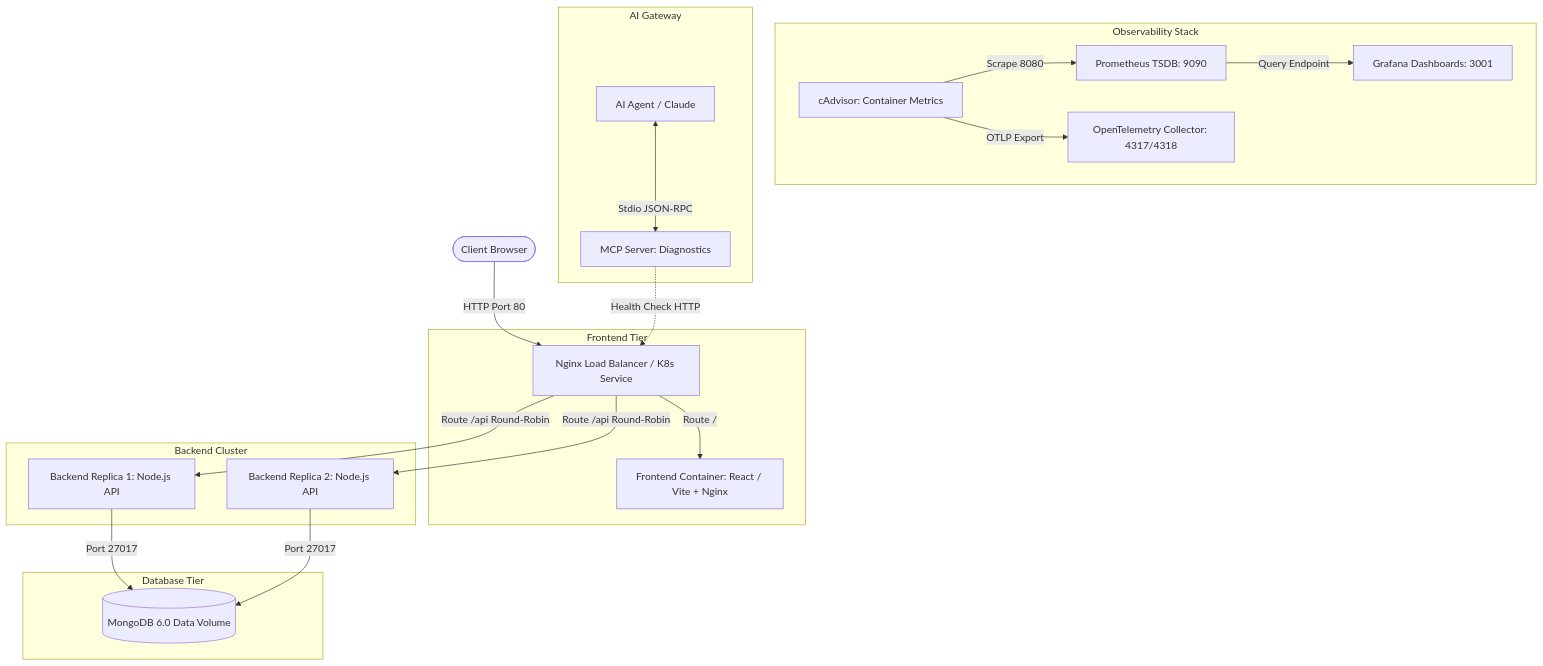
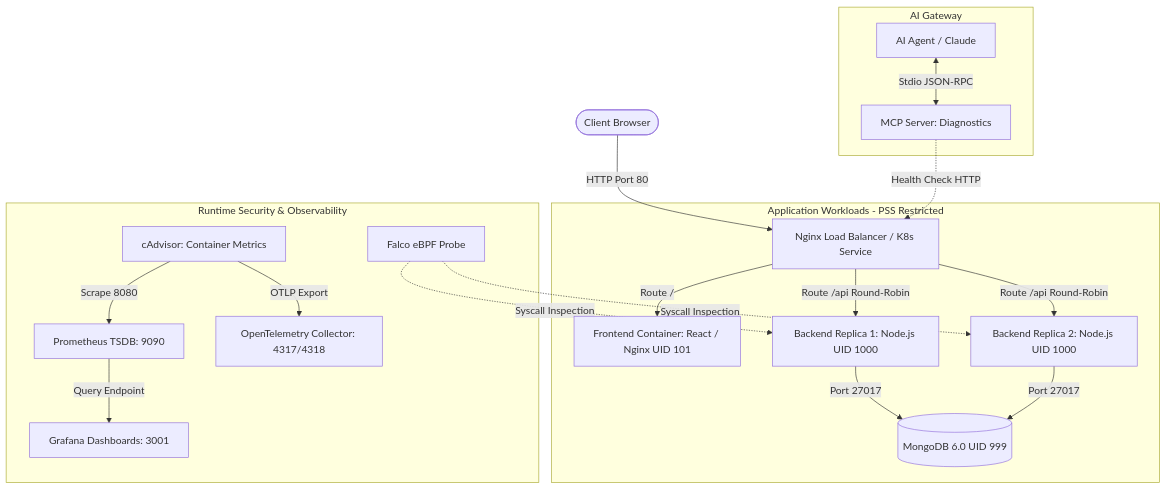
One commit to VladyslavKorniichuk/space2study-devops changed the diagram in README.md. Above: the diagram before and after it, drawn with Mermaid. The commit also changed other lines of this file and 2 other files, not shown here.

Commit message:
docs: add Falco runtime security report and screenshots

````diff
--- a/README.md
+++ b/README.md
@@ -151,29 +168,25 @@
 ```mermaid
 graph TD
     Client([Client Browser]) -->|HTTP Port 80| LB[Nginx Load Balancer / K8s Service]
     
-    subgraph Frontend Tier
-        LB -->|Route / | FE[Frontend Container: React / Vite + Nginx]
-    end
-
-    subgraph Backend Cluster
-        LB -->|Route /api Round-Robin| BE1[Backend Replica 1: Node.js API]
-        LB -->|Route /api Round-Robin| BE2[Backend Replica 2: Node.js API]
-    end
-
-    subgraph Database Tier
-        BE1 -->|Port 27017| DB[(MongoDB 6.0 Data Volume)]
+    subgraph Application Workloads - PSS Restricted
+        LB -->|Route / | FE[Frontend Container: React / Nginx UID 101]
+        LB -->|Route /api Round-Robin| BE1[Backend Replica 1: Node.js UID 1000]
+        LB -->|Route /api Round-Robin| BE2[Backend Replica 2: Node.js UID 1000]
+        BE1 -->|Port 27017| DB[(MongoDB 6.0 UID 999)]
         BE2 -->|Port 27017| DB
     end
 
-    subgraph Observability Stack
+    subgraph Runtime Security & Observability
+        Falco[Falco eBPF Probe] -.->|Syscall Inspection| BE1
+        Falco -.->|Syscall Inspection| BE2
         cAdvisor[cAdvisor: Container Metrics] -->|Scrape 8080| Prom[Prometheus TSDB: 9090]
         Prom -->|Query Endpoint| Graf[Grafana Dashboards: 3001]
         cAdvisor -->|OTLP Export| OTel[OpenTelemetry Collector: 4317/4318]
     end
 
     subgraph AI Gateway
         Agent[AI Agent / Claude] <-->|Stdio JSON-RPC| MCP[MCP Server: Diagnostics]
         MCP -.->|Health Check HTTP| LB
     end
 ```
````
